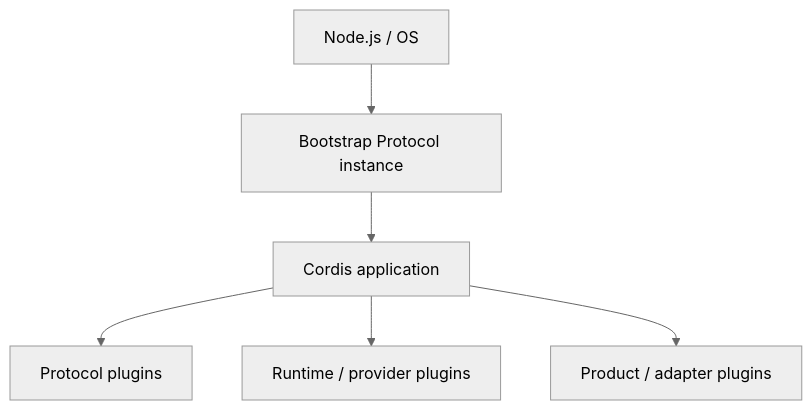
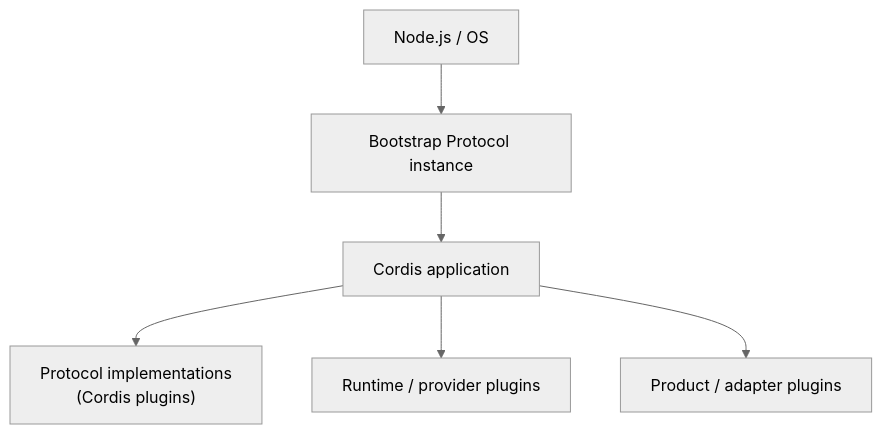
Before and after one commit to labourchain/repository: the first of 5 diagrams in docs/architecture.md, drawn with Mermaid (neutral theme). The commit also changed other lines of this file and 8 other files, not shown here.

````diff
--- a/docs/architecture.md
+++ b/docs/architecture.md
@@ -33,15 +34,15 @@
 ```mermaid
 flowchart TD
     OS["Node.js / OS"]
     Bootstrap["Bootstrap Protocol instance"]
     Cordis["Cordis application"]
-    Protocols["Protocol plugins"]
+    Protocols["Protocol implementations\n(Cordis plugins)"]
     Runtime["Runtime / provider plugins"]
     Products["Product / adapter plugins"]
 
     OS --> Bootstrap
     Bootstrap --> Cordis
     Cordis --> Protocols
     Cordis --> Runtime
     Cordis --> Products
 ```
````
